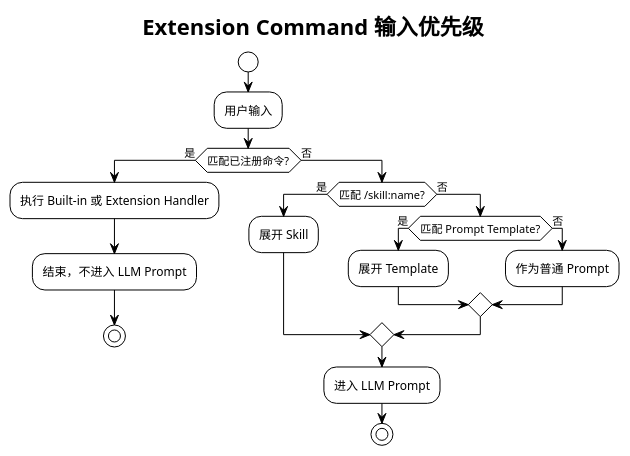
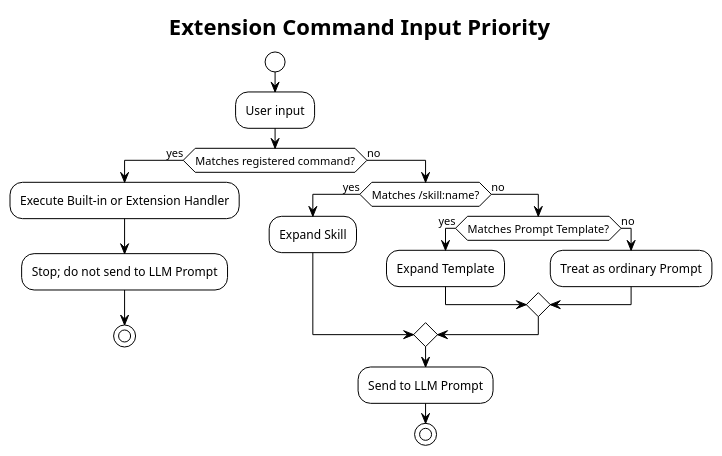
The tenth of 20 diagrams in diagrams/extension-command/diagram.puml (superheromeZzh/pi-mono-java-design), drawn with PlantUML before and after one commit. The commit also changed other lines of this file and 48 other files, not shown here.

Commit message:
docs: require English PlantUML diagrams

```diff
--- a/diagrams/extension-command/diagram.puml
+++ b/diagrams/extension-command/diagram.puml
@@ -363,30 +363,30 @@
 @startuml 10-input-priority
 ' pi source: packages/coding-agent/src/core/agent-session.ts:979-1028
 ' Design reason: preserve extension-before-skill/template routing and prevent handled commands from reaching the model.
 !theme plain
 !pragma layout smetana
-skinparam defaultFontName "PingFang SC"
+skinparam defaultFontName "SansSerif"
 skinparam shadowing false
 skinparam backgroundColor transparent
-title Extension Command 输入优先级
+title Extension Command Input Priority
 
 start
-:用户输入;
-if (匹配已注册命令?) then (是)
-  :执行 Built-in 或 Extension Handler;
-  :结束，不进入 LLM Prompt;
+:User input;
+if (Matches registered command?) then (yes)
+  :Execute Built-in or Extension Handler;
+  :Stop; do not send to LLM Prompt;
   stop
-else (否)
-  if (匹配 /skill:name?) then (是)
-    :展开 Skill;
-  else (否)
-    if (匹配 Prompt Template?) then (是)
-      :展开 Template;
-    else (否)
-      :作为普通 Prompt;
+else (no)
+  if (Matches /skill:name?) then (yes)
+    :Expand Skill;
+  else (no)
+    if (Matches Prompt Template?) then (yes)
+      :Expand Template;
+    else (no)
+      :Treat as ordinary Prompt;
     endif
   endif
-  :进入 LLM Prompt;
+  :Send to LLM Prompt;
   stop
 endif
 @enduml
```
